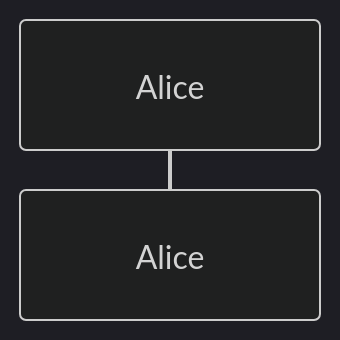
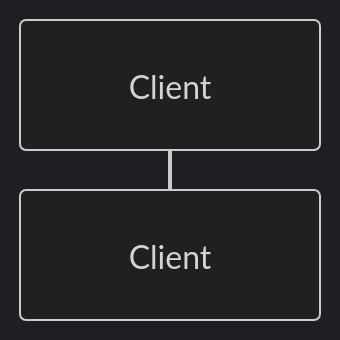
One commit to googlelxhgithub/iodraw-files changed the diagram in all/未命名-7.md. Above: the diagram before and after it, drawn with Mermaid (dark theme).

Commit message:
2024-08-31 07:13:31 update

````diff
--- a/all/未命名-7.md
+++ b/all/未命名-7.md
@@ -1,4 +1,4 @@
 ```mermaid
 sequenceDiagram
-    participant A as Alice
+    participant C as Client
 ```
````
